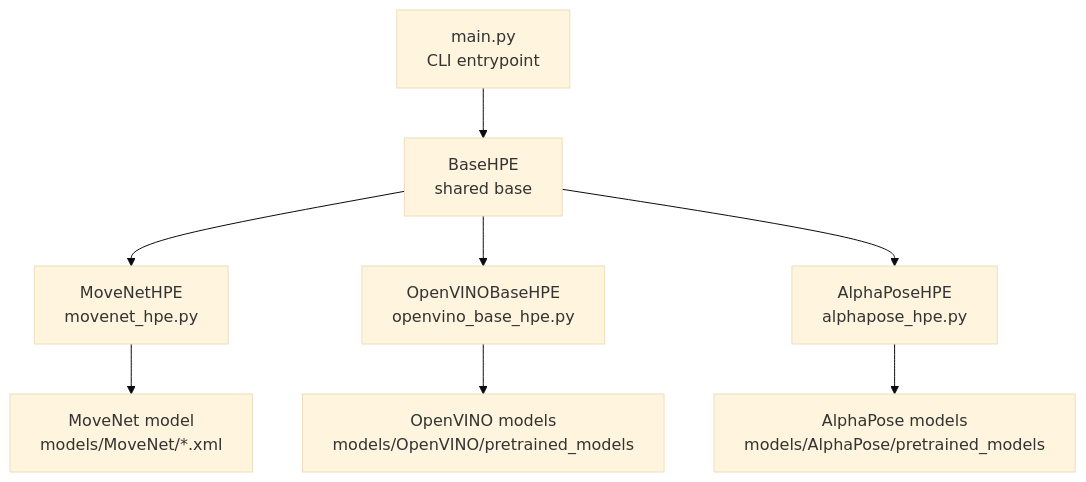
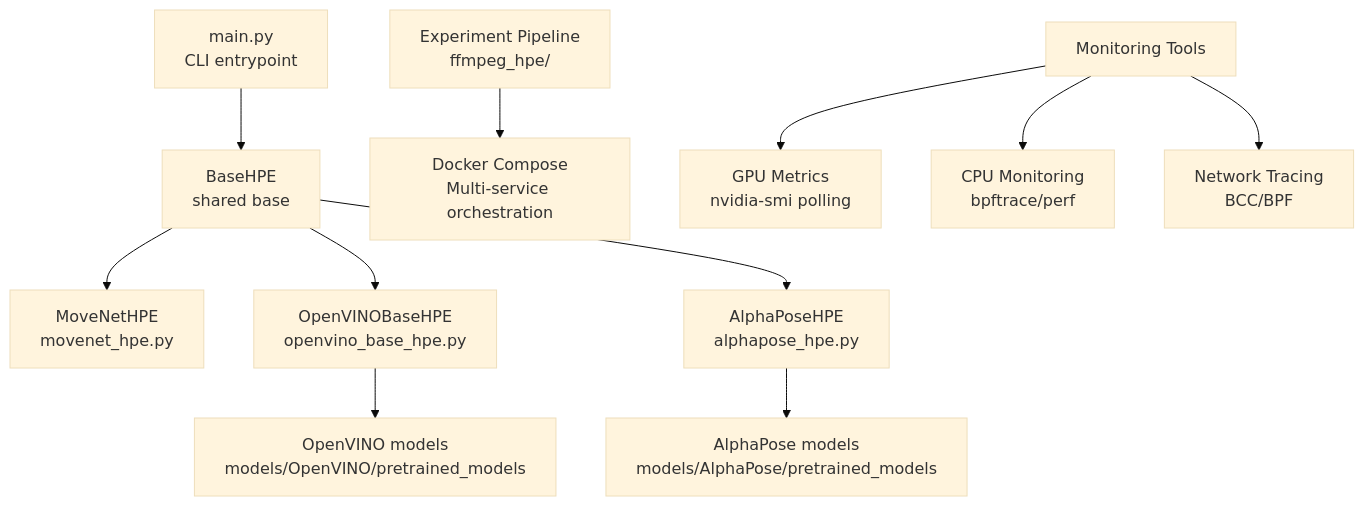
Before and after one commit to Fogus-Gr/MeasurementsDTs: the first of 3 diagrams in .qoder/repowiki/en/content/Getting Started.md, drawn with Mermaid (base theme). The commit also changed other lines of this file and 8 other files, not shown here.

````diff
--- a/.qoder/repowiki/en/content/Getting Started.md
+++ b/.qoder/repowiki/en/content/Getting Started.md
@@ -50,10 +53,13 @@
 ```mermaid
 graph TB
 A["main.py<br/>CLI entrypoint"] --> B["BaseHPE<br/>shared base"]
 B --> C["MoveNetHPE<br/>movenet_hpe.py"]
 B --> D["OpenVINOBaseHPE<br/>openvino_base_hpe.py"]
 B --> E["AlphaPoseHPE<br/>alphapose_hpe.py"]
 D --> F["OpenVINO models<br/>models/OpenVINO/pretrained_models"]
 E --> G["AlphaPose models<br/>models/AlphaPose/pretrained_models"]
-C --> H["MoveNet model<br/>models/MoveNet/*.xml"]
+H["Experiment Pipeline<br/>ffmpeg_hpe/"] --> I["Docker Compose<br/>Multi-service orchestration"]
+J["Monitoring Tools"] --> K["GPU Metrics<br/>nvidia-smi polling"]
+J --> L["CPU Monitoring<br/>bpftrace/perf"]
+J --> M["Network Tracing<br/>BCC/BPF"]
 ```
````
